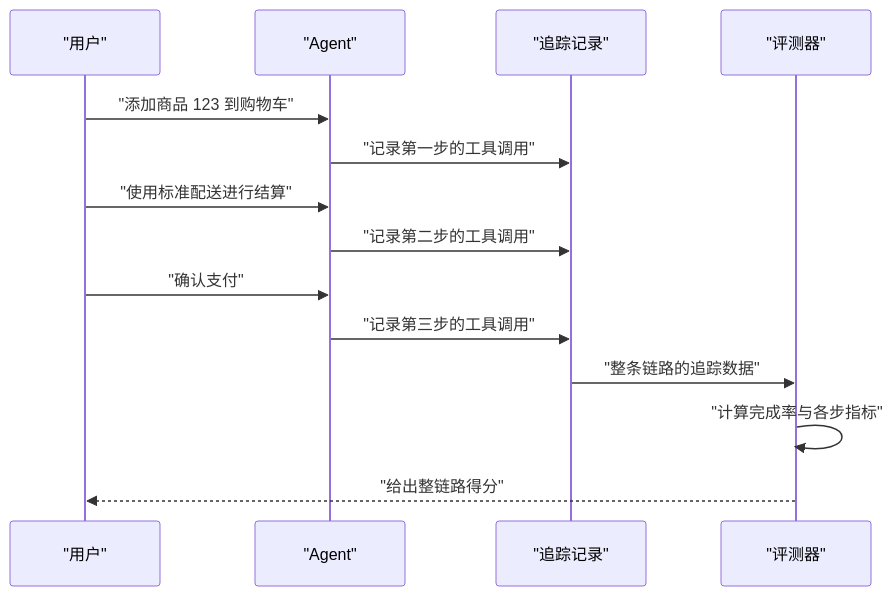
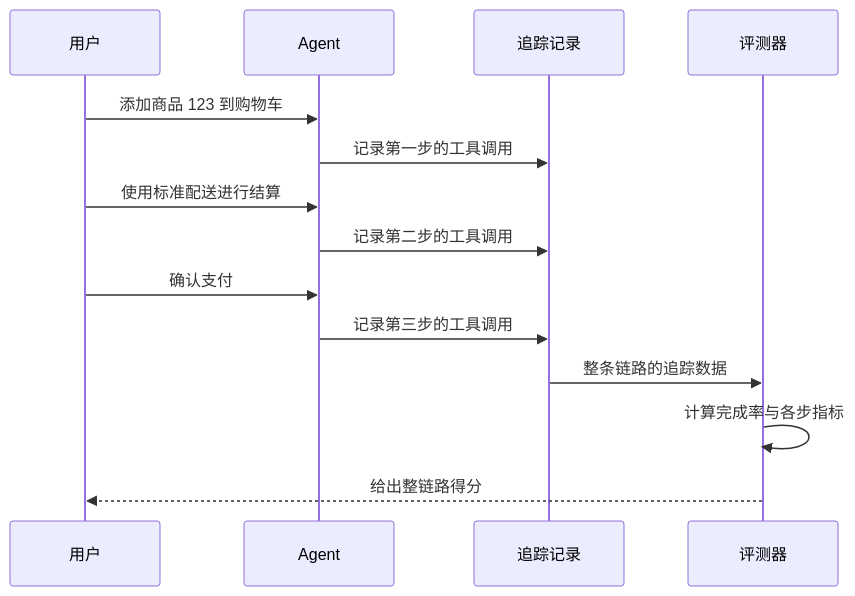
The fifth of 8 diagrams in docs/agent/production/agent-evaluation.md (Shyu-x/frontend-interview), drawn with Mermaid before and after one commit. The commit also changed other lines of this file and 23 other files, not shown here.

First line of the commit message:
fix(docs): 修复 28 张无法渲染的 Mermaid 图，新增真实解析器校验与 PDF 下载页

````diff
--- a/docs/agent/production/agent-evaluation.md
+++ b/docs/agent/production/agent-evaluation.md
@@ -754,16 +754,16 @@
 ```mermaid
 sequenceDiagram
-    participant U as "用户"
-    participant A as "Agent"
-    participant T as "追踪记录"
-    participant E as "评测器"
-    U->>A: "添加商品 123 到购物车"
-    A->>T: "记录第一步的工具调用"
-    U->>A: "使用标准配送进行结算"
-    A->>T: "记录第二步的工具调用"
-    U->>A: "确认支付"
-    A->>T: "记录第三步的工具调用"
-    T->>E: "整条链路的追踪数据"
-    E->>E: "计算完成率与各步指标"
-    E-->>U: "给出整链路得分"
+    participant U as 用户
+    participant A as Agent
+    participant T as 追踪记录
+    participant E as 评测器
+    U->>A: 添加商品 123 到购物车
+    A->>T: 记录第一步的工具调用
+    U->>A: 使用标准配送进行结算
+    A->>T: 记录第二步的工具调用
+    U->>A: 确认支付
+    A->>T: 记录第三步的工具调用
+    T->>E: 整条链路的追踪数据
+    E->>E: 计算完成率与各步指标
+    E-->>U: 给出整链路得分
 ```
````
